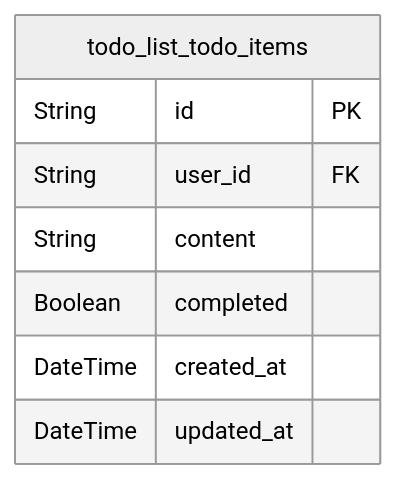
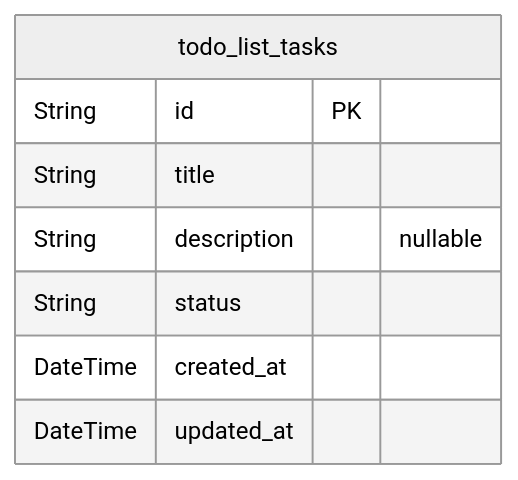
The third of 3 diagrams in meta-llama/llama-4-maverick/todo/docs/ERD.md (wrtnlabs/autobe-examples), drawn with Mermaid (neutral theme) before and after one commit. The commit also changed other lines of this file and 16146 other files, not shown here.

````diff
--- a/meta-llama/llama-4-maverick/todo/docs/ERD.md
+++ b/meta-llama/llama-4-maverick/todo/docs/ERD.md
@@ -35,11 +87,11 @@
 ```mermaid
 erDiagram
-"todo_list_todo_items" {
+"todo_list_tasks" {
   String id PK
-  String user_id FK
-  String content
-  Boolean completed
+  String title
+  String description "nullable"
+  String status
   DateTime created_at
   DateTime updated_at
 }
 ```
````
